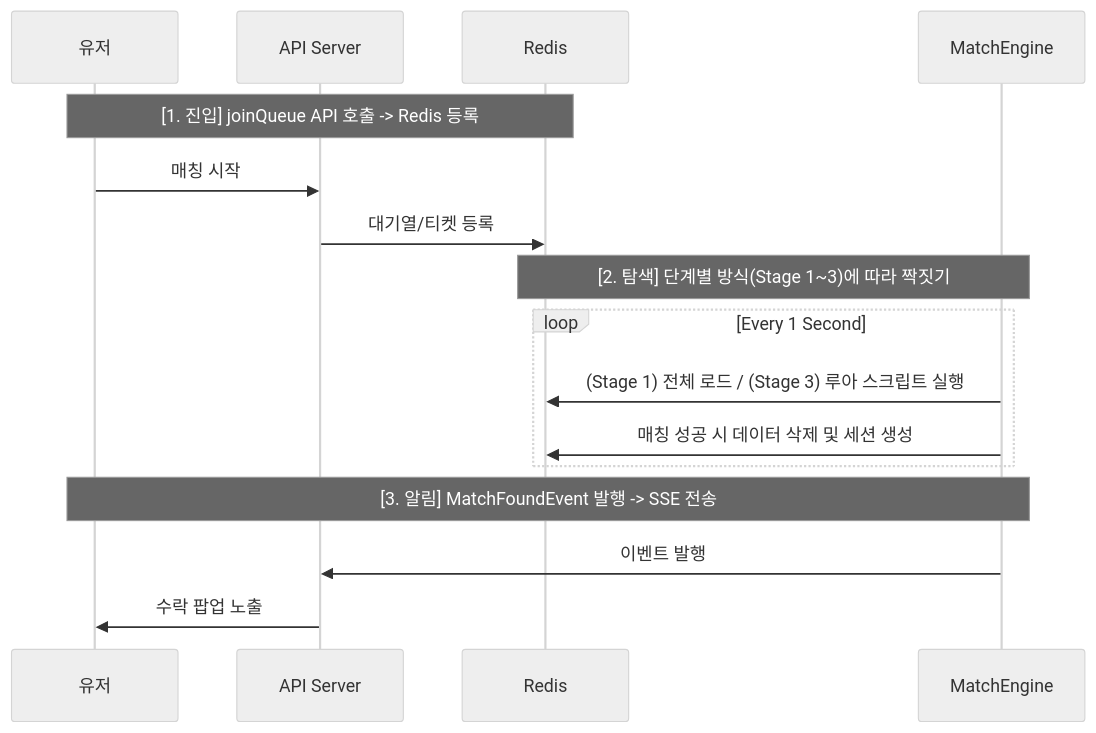
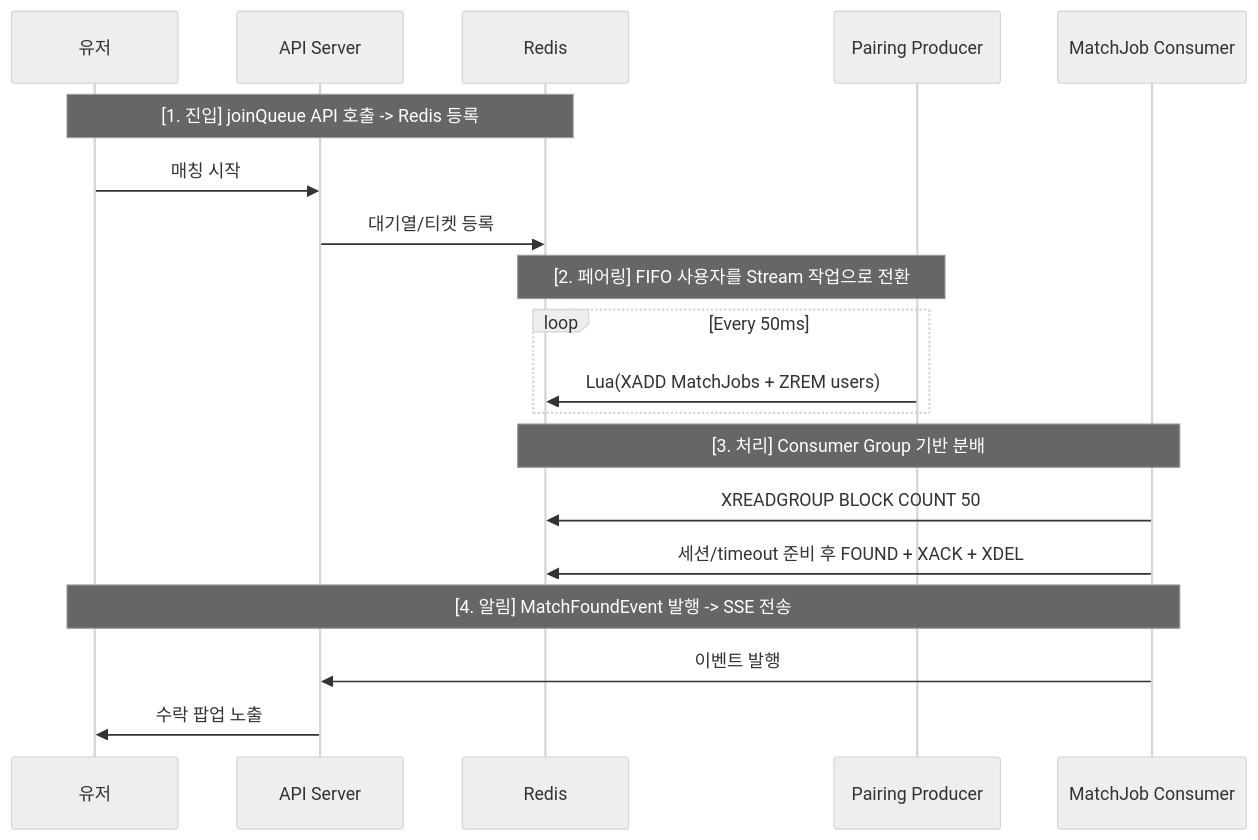
The first of 2 diagrams in docs/project/matching.md (moonwhistle/League-of-Star), drawn with Mermaid (neutral theme) before and after one commit. The commit also changed other lines of this file and 3 other files, not shown here.

````diff
--- a/docs/project/matching.md
+++ b/docs/project/matching.md
@@ -63,21 +55,25 @@
 ```mermaid
 sequenceDiagram
     participant User as 유저
     participant API as API Server
     participant Redis as Redis
-    participant Engine as MatchEngine
+    participant Producer as Pairing Producer
+    participant Consumer as MatchJob Consumer
 
     Note over User, Redis: [1. 진입] joinQueue API 호출 -> Redis 등록
     User->>API: 매칭 시작
     API->>Redis: 대기열/티켓 등록
 
-    Note over Redis, Engine: [2. 탐색] 단계별 방식(Stage 1~3)에 따라 짝짓기
-    loop Every 1 Second
-        Engine->>Redis: (Stage 1) 전체 로드 / (Stage 3) 루아 스크립트 실행
-        Engine->>Redis: 매칭 성공 시 데이터 삭제 및 세션 생성
+    Note over Redis, Producer: [2. 페어링] FIFO 사용자를 Stream 작업으로 전환
+    loop Every 50ms
+        Producer->>Redis: Lua(XADD MatchJobs + ZREM users)
     end
 
-    Note over User, Engine: [3. 알림] MatchFoundEvent 발행 -> SSE 전송
-    Engine->>API: 이벤트 발행
+    Note over Redis, Consumer: [3. 처리] Consumer Group 기반 분배
+    Consumer->>Redis: XREADGROUP BLOCK COUNT 50
+    Consumer->>Redis: 세션/timeout 준비 후 FOUND + XACK + XDEL
+
+    Note over User, Consumer: [4. 알림] MatchFoundEvent 발행 -> SSE 전송
+    Consumer->>API: 이벤트 발행
     API->>User: 수락 팝업 노출
 ```
````
